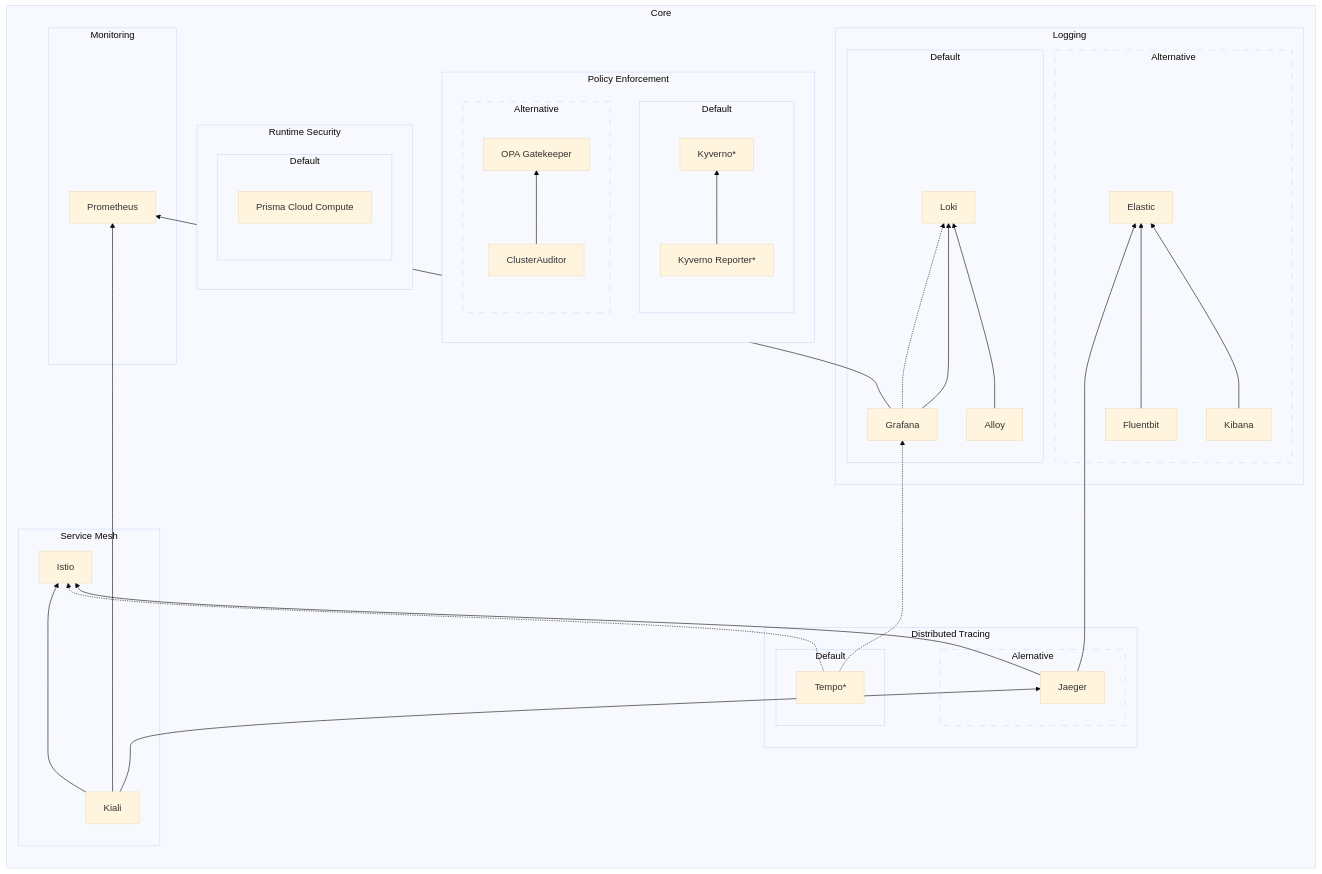
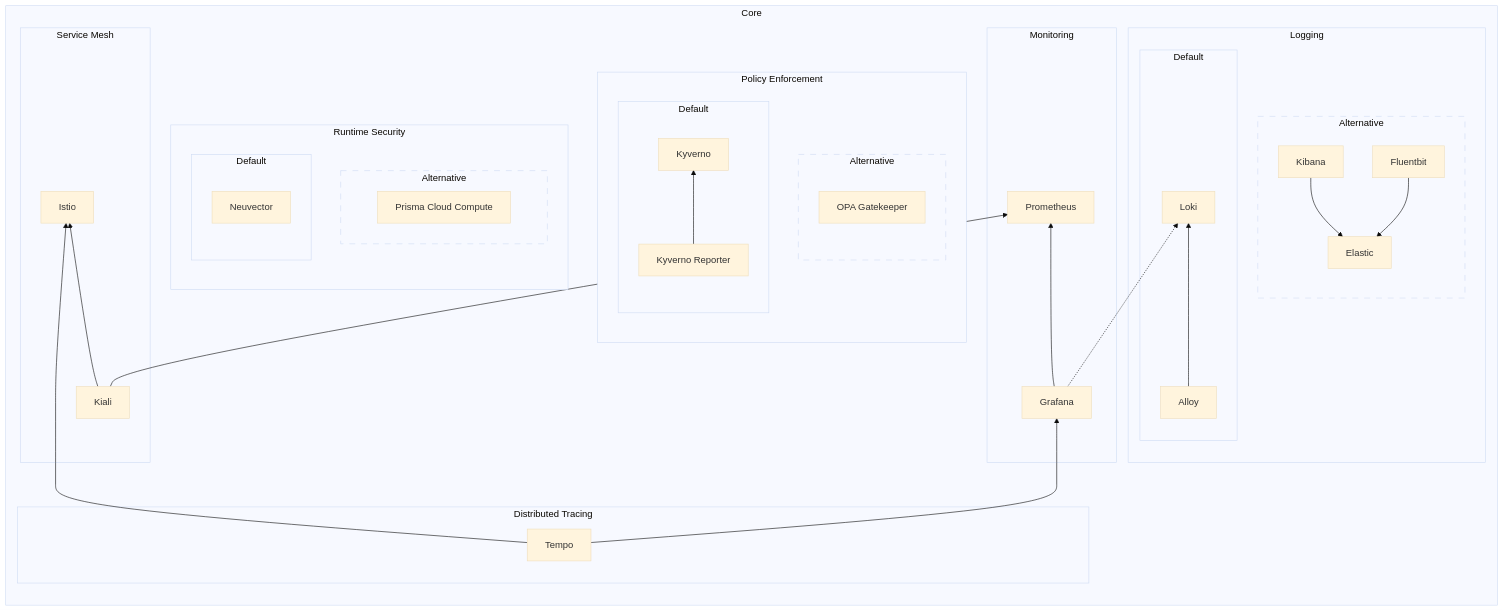
One commit to DoD-Platform-One/bigbang changed the first of 2 diagrams in docs/understanding-bigbang/package-architecture/README.md. Above: the diagram before and after it, drawn with Mermaid (base theme). The commit also changed other lines of this file and 7 other files, not shown here.

Commit message:
Update package architechture diagram to reflect 3.0 changes

````diff
--- a/docs/understanding-bigbang/package-architecture/README.md
+++ b/docs/understanding-bigbang/package-architecture/README.md
@@ -15,55 +15,52 @@
 ```mermaid
 flowchart LR
   subgraph Core
     direction BT
 
     subgraph L[Logging]
       subgraph ALG[Default]
-        Alloy & Grafana --> Loki
+        Alloy[Alloy] --> Loki[Loki]
       end
       subgraph EFK[Alternative]
-      style EFK stroke-dasharray: 10 10
+        style EFK stroke-dasharray: 10 10
         Kibana & Fluentbit --> Elastic
       end
     end
 
     subgraph M[Monitoring]
       Grafana --> Prometheus
       Grafana -.-> Loki
     end
 
     subgraph PE[Policy Enforcement]
-      subgraph KyvernoStack[Default]
-      direction BT
-        KyvernoReporter[Kyverno Reporter*] --> Kyverno[Kyverno*]
-      end
       subgraph CA[Alternative]
       style CA stroke-dasharray: 10 10
       direction BT
-        ClusterAuditor --> OPA[OPA Gatekeeper]
+        OPA[OPA Gatekeeper]
+      end
+      subgraph KyvernoStack[Default]
+      direction BT
+        KyvernoReporter[Kyverno Reporter] --> Kyverno[Kyverno]
       end
     end
 
     subgraph RS[Runtime Security]
+      subgraph CC[Alternative]
+        style CC stroke-dasharray: 10 10
+        Twistlock[Prisma Cloud Compute]
+      end
       subgraph TL[Default]
-        Twistlock[Prisma Cloud Compute]
+        Neuvector[Neuvector]
       end
     end
 
     subgraph DT[Distributed Tracing]
-      subgraph T[Default]
-        Tempo[Tempo*] -.-> Grafana
-      end
-      subgraph J[Alernative]
-      style J stroke-dasharray: 10 10
-        Jaeger ----> Elastic
-      end
+      Tempo[Tempo] --> Grafana
     end
 
     subgraph SM[Service Mesh]
-      Jaeger --> Istio
-      Tempo -.-> Istio
-      Kiali --> Jaeger & Istio & Prometheus
+      Tempo --> Istio
+      Kiali --> Istio & Prometheus
     end
   end
 ```
````
